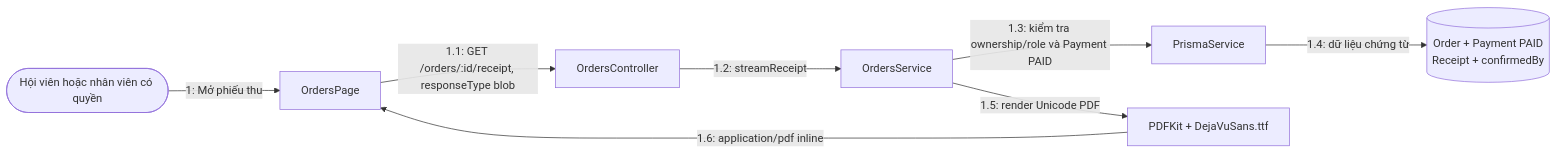
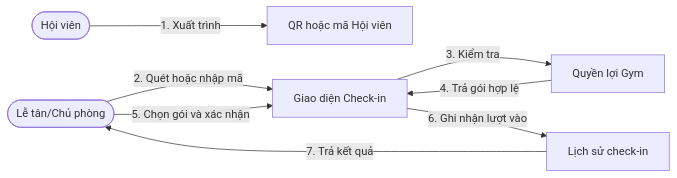
One commit to vhoanglong54/CNPM_GYM changed the third of 4 diagrams in docs/06-UML-Diagrams/Collaboration.md. Above: the diagram before and after it, drawn with Mermaid. The commit also changed other lines of this file and 1 other file, not shown here.

Commit message:
docs(uml): simplify workflow diagrams

````diff
--- a/docs/06-UML-Diagrams/Collaboration.md
+++ b/docs/06-UML-Diagrams/Collaboration.md
@@ -155,18 +61,17 @@
 ```mermaid
 flowchart LR
-  User([Hội viên hoặc nhân viên có quyền])
-  UI[OrdersPage]
-  OC[OrdersController]
-  OS[OrdersService]
-  Prisma[PrismaService]
-  DB[(Order + Payment PAID<br/>Receipt + confirmedBy)]
-  PDF[PDFKit + DejaVuSans.ttf]
+  M([Hội viên])
+  S([Lễ tân/Chủ phòng])
+  QR[QR hoặc mã Hội viên]
+  UI[Giao diện Check-in]
+  BENEFIT[Quyền lợi Gym]
+  CHECKIN[Lịch sử check-in]
 
-  User -->|1: Mở phiếu thu| UI
-  UI -->|1.1: GET /orders/:id/receipt, responseType blob| OC
-  OC -->|1.2: streamReceipt| OS
-  OS -->|1.3: kiểm tra ownership/role và Payment PAID| Prisma
-  Prisma -->|1.4: dữ liệu chứng từ| DB
-  OS -->|1.5: render Unicode PDF| PDF
-  PDF -->|1.6: application/pdf inline| UI
+  M -->|1. Xuất trình| QR
+  S -->|2. Quét hoặc nhập mã| UI
+  UI -->|3. Kiểm tra| BENEFIT
+  BENEFIT -->|4. Trả gói hợp lệ| UI
+  S -->|5. Chọn gói và xác nhận| UI
+  UI -->|6. Ghi nhận lượt vào| CHECKIN
+  CHECKIN -->|7. Trả kết quả| S
 ```
````
